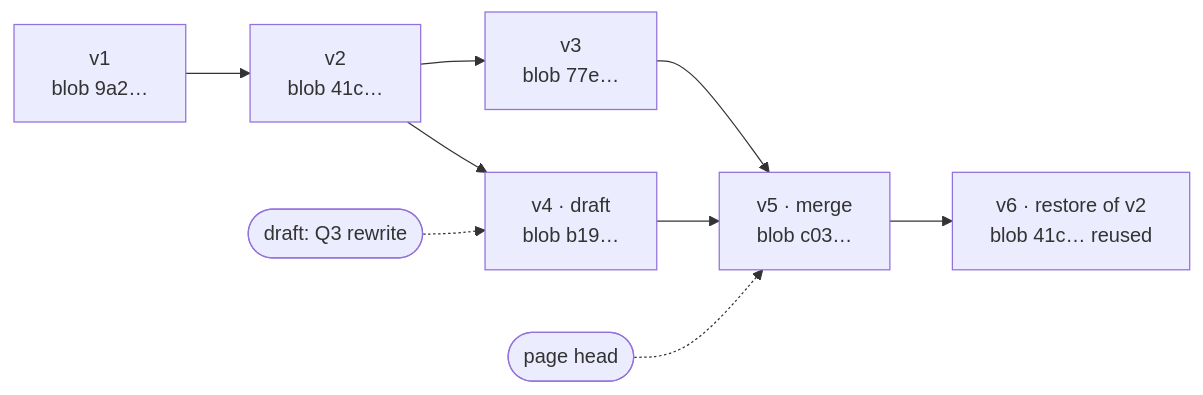
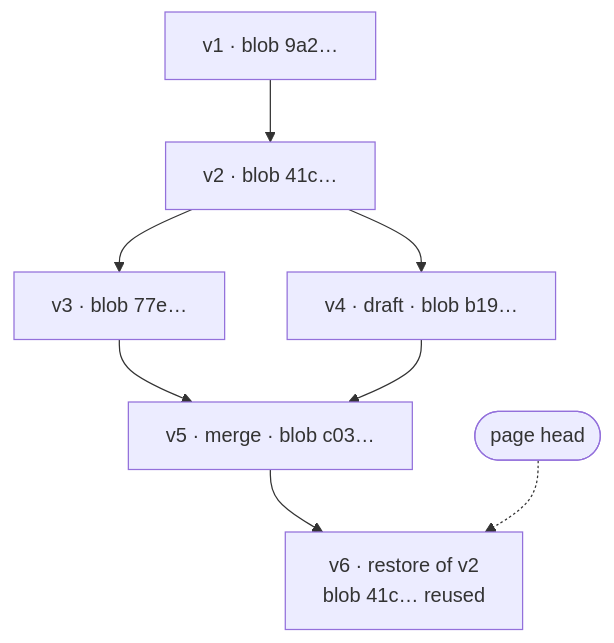
Before and after one commit to dhaval-76/engineering-field-guide: the diagram in src/content/topics/system-design/document-versioning/diagrams/version-graph.mmd, drawn with Mermaid. The commit also changed 22 other files, not shown here.

Commit message:
System design diagrams: narrow layouts for phones

```diff
--- a/src/content/topics/system-design/document-versioning/diagrams/version-graph.mmd
+++ b/src/content/topics/system-design/document-versioning/diagrams/version-graph.mmd
@@ -1,10 +1,8 @@
-flowchart LR
-  V1[v1<br/>blob 9a2…] --> V2[v2<br/>blob 41c…]
-  V2 --> V3[v3<br/>blob 77e…]
-  V3 --> V5[v5 · merge<br/>blob c03…]
-  V2 --> V4[v4 · draft<br/>blob b19…]
+flowchart TD
+  V1[v1 · blob 9a2…] --> V2[v2 · blob 41c…]
+  V2 --> V3[v3 · blob 77e…]
+  V2 --> V4[v4 · draft · blob b19…]
+  V3 --> V5[v5 · merge · blob c03…]
   V4 --> V5
-  H(["page head"]) -.-> V5
-  D(["draft: Q3 rewrite"]) -.-> V4
-  V6[v6 · restore of v2<br/>blob 41c… reused] 
-  V5 --> V6
+  V5 --> V6[v6 · restore of v2<br/>blob 41c… reused]
+  H(["page head"]) -.-> V6
```
